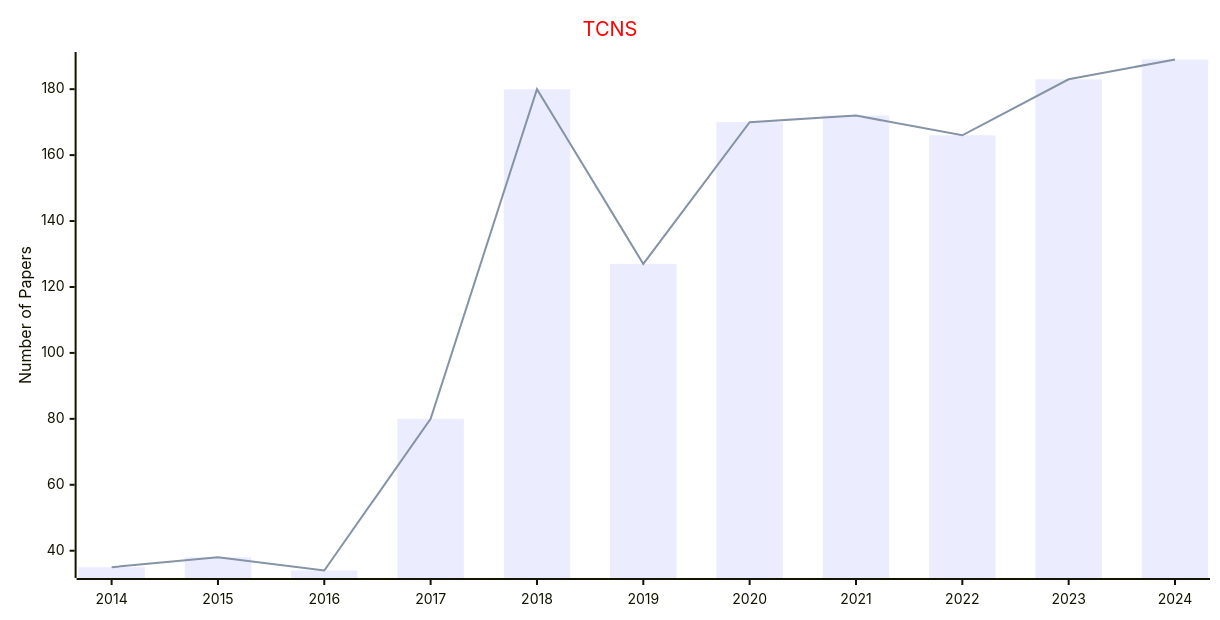
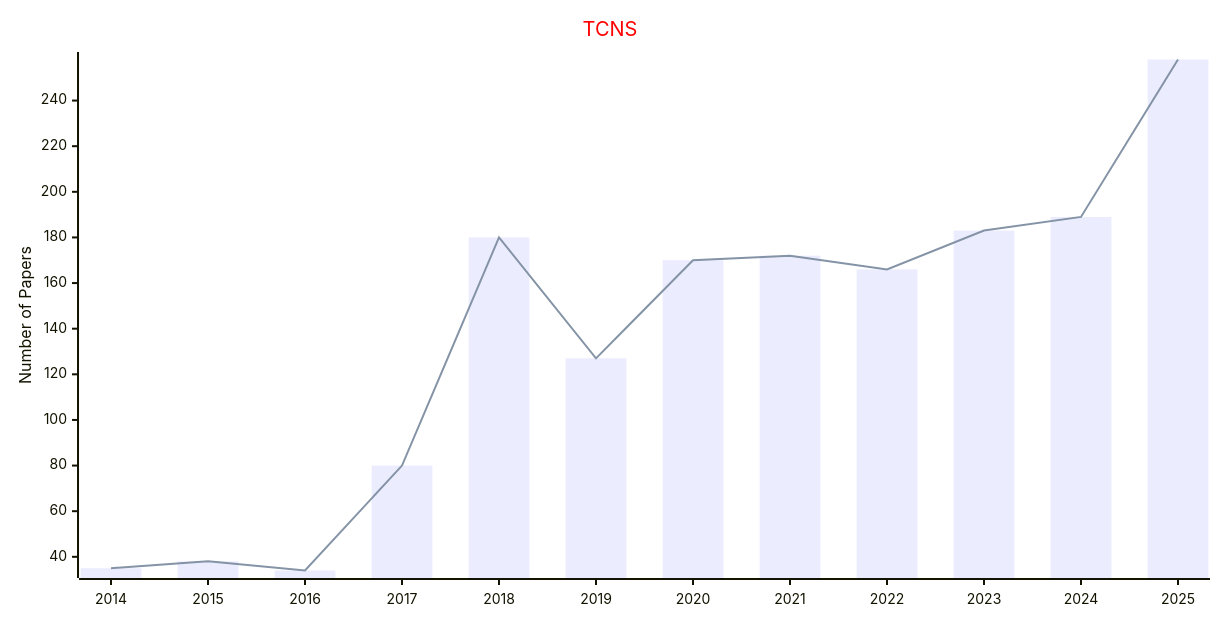
One commit to Easy-PhD/AILinks changed the second of 5 diagrams in docs/data/Journals/Statistics_Journals/Neural_Networks.md. Above: the diagram before and after it, drawn with Mermaid. The commit also changed other lines of this file and 107 other files, not shown here.

````diff
--- a/docs/data/Journals/Statistics_Journals/Neural_Networks.md
+++ b/docs/data/Journals/Statistics_Journals/Neural_Networks.md
@@ -33,17 +33,17 @@
 ```mermaid
 ---
 config:
     xyChart:
         width: 1200
         height: 600
     themeVariables:
         xyChart:
             titleColor: "#ff0000"
 ---
 xychart-beta
     title "TCNS"
-    x-axis [2014, 2015, 2016, 2017, 2018, 2019, 2020, 2021, 2022, 2023, 2024]
+    x-axis [2014, 2015, 2016, 2017, 2018, 2019, 2020, 2021, 2022, 2023, 2024, 2025]
     y-axis "Number of Papers"
-    bar [35, 38, 34, 80, 180, 127, 170, 172, 166, 183, 189]
-    line [35, 38, 34, 80, 180, 127, 170, 172, 166, 183, 189]
+    bar [35, 38, 34, 80, 180, 127, 170, 172, 166, 183, 189, 258]
+    line [35, 38, 34, 80, 180, 127, 170, 172, 166, 183, 189, 258]
 ```
````
